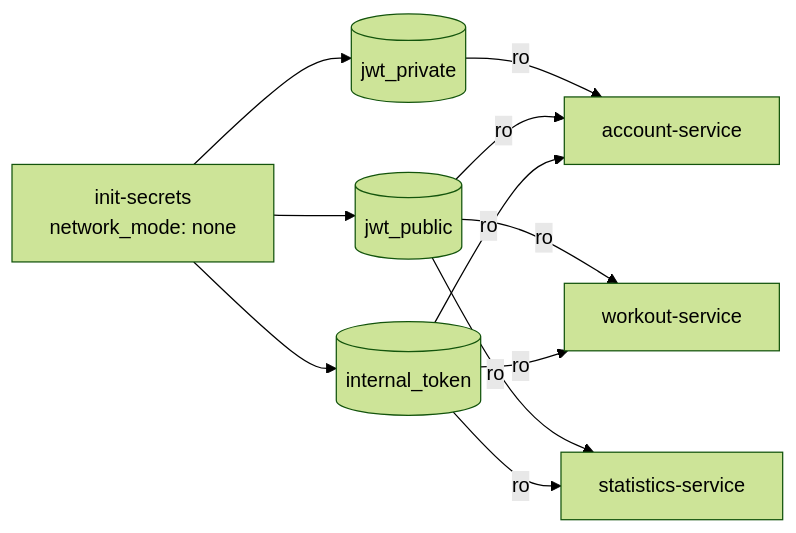
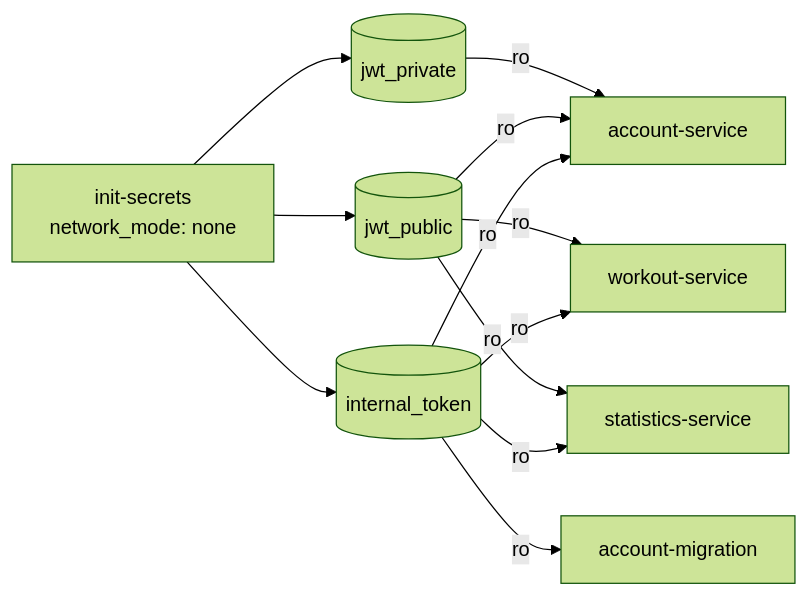
One commit to AntonHarzhanau/Nero-Workout changed the third of 4 diagrams in docs/05-docker-compose.md. Above: the diagram before and after it, drawn with Mermaid (forest theme). The commit also changed other lines of this file and 3 other files, not shown here.

````diff
--- a/docs/05-docker-compose.md
+++ b/docs/05-docker-compose.md
@@ -131,16 +131,17 @@
 ```mermaid
 flowchart LR
     init["init-secrets<br/>network_mode: none"] --> vpriv[(jwt_private)]
     init --> vpub[(jwt_public)]
     init --> vtok[(internal_token)]
 
     vpriv -- ro --> acc[account-service]
     vpub -- ro --> acc
     vtok -- ro --> acc
+    vtok -- ro --> am[account-migration]
 
     vpub -- ro --> wo[workout-service]
     vtok -- ro --> wo
 
     vpub -- ro --> st[statistics-service]
     vtok -- ro --> st
 ```
````
